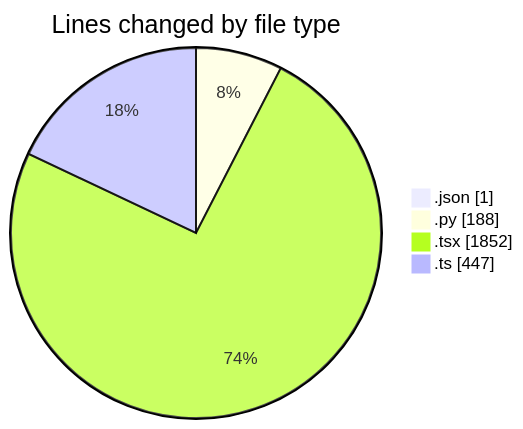
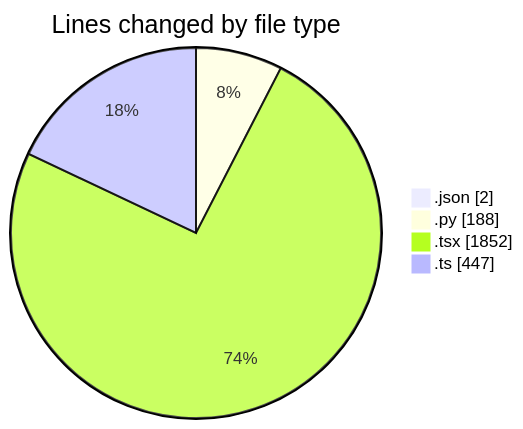
One commit to julien-gomy/code-tracking changed the first of 2 diagrams in 2025-10-06/eventscop-frontend-guide__workspace_/README.md. Above: the diagram before and after it, drawn with Mermaid. The commit also changed other lines of this file and 1 other file, not shown here.

````diff
--- a/2025-10-06/eventscop-frontend-guide__workspace_/README.md
+++ b/2025-10-06/eventscop-frontend-guide__workspace_/README.md
@@ -28,8 +29,8 @@
 ```mermaid
 pie showData
 title Lines changed by file type
-".json" : 1
+".json" : 2
 ".py" : 188
 ".tsx" : 1852
 ".ts" : 447
 ```
````
